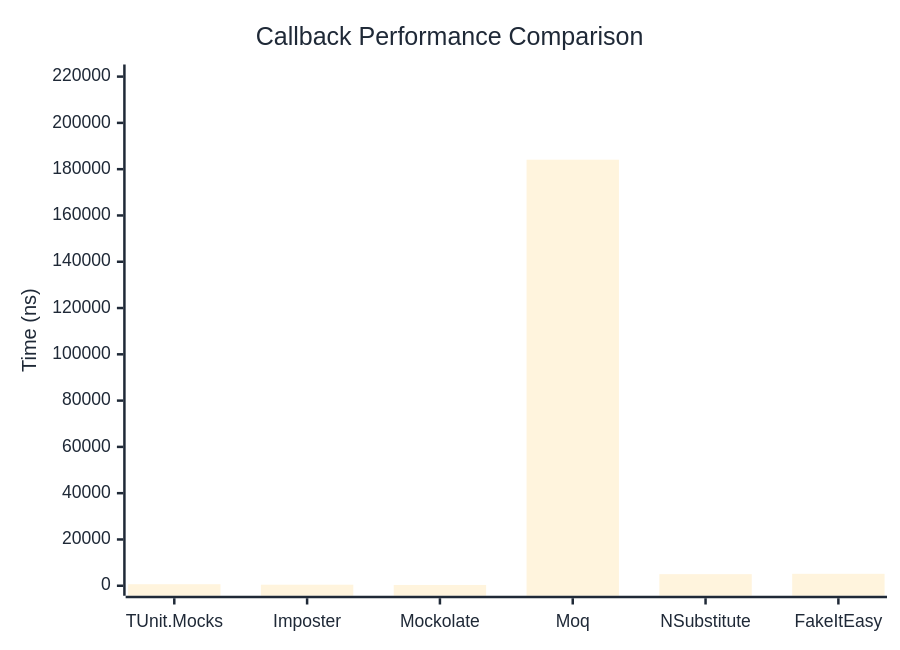
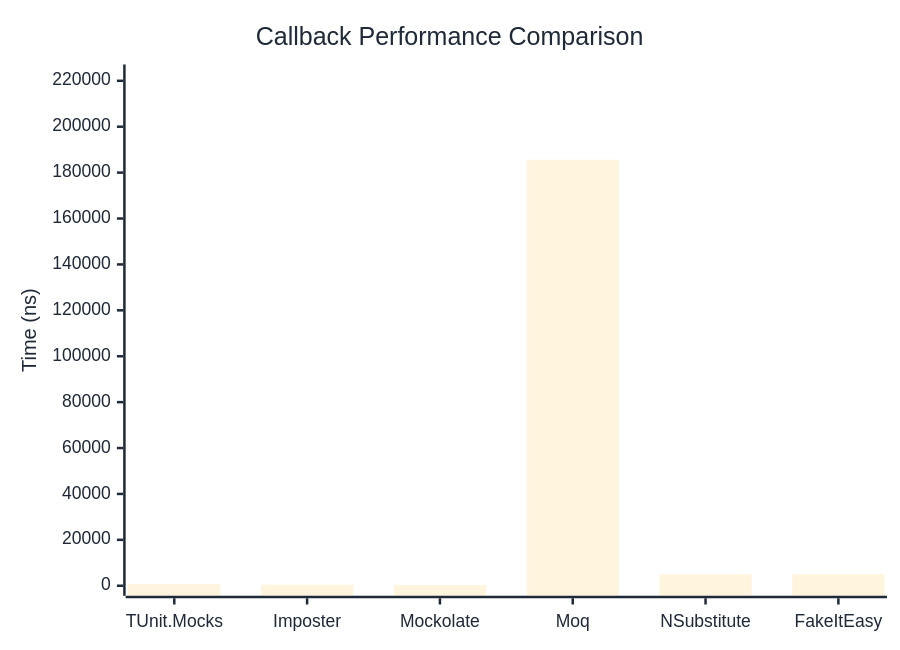
One commit to thomhurst/TUnit changed the first of 2 diagrams in docs/docs/benchmarks/mocks/Callback.md. Above: the diagram before and after it, drawn with Mermaid. The commit also changed other lines of this file and 14 other files, not shown here.

````diff
--- a/docs/docs/benchmarks/mocks/Callback.md
+++ b/docs/docs/benchmarks/mocks/Callback.md
@@ -30,27 +30,27 @@
 ```mermaid
 %%{init: {
   'theme':'base',
   'themeVariables': {
     'primaryColor': '#2563eb',
     'primaryTextColor': '#1f2937',
     'primaryBorderColor': '#1e40af',
     'lineColor': '#6b7280',
     'secondaryColor': '#7c3aed',
     'tertiaryColor': '#dc2626',
     'background': '#ffffff',
     'pie1': '#2563eb',
     'pie2': '#7c3aed',
     'pie3': '#dc2626',
     'pie4': '#f59e0b',
     'pie5': '#10b981',
     'pie6': '#06b6d4',
     'pie7': '#ec4899',
     'pie8': '#6366f1'
   }
 }}%%
 xychart-beta
   title "Callback Performance Comparison"
   x-axis ["TUnit.Mocks", "Imposter", "Mockolate", "Moq", "NSubstitute", "FakeItEasy"]
-  y-axis "Time (ns)" 0 --> 220908
-  bar [656.4, 452.5, 336, 184089.9, 5006.9, 5157]
+  y-axis "Time (ns)" 0 --> 222747
+  bar [641.1, 452.1, 342, 185622.1, 4972.4, 5014.5]
 ```
````
